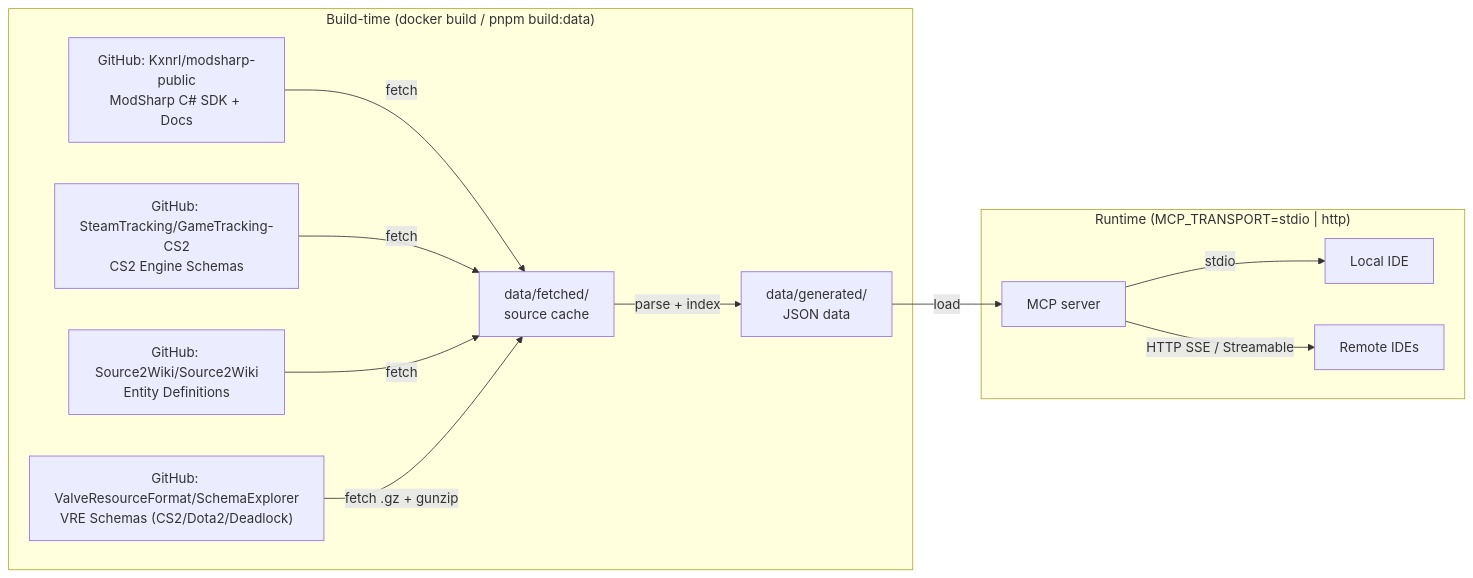
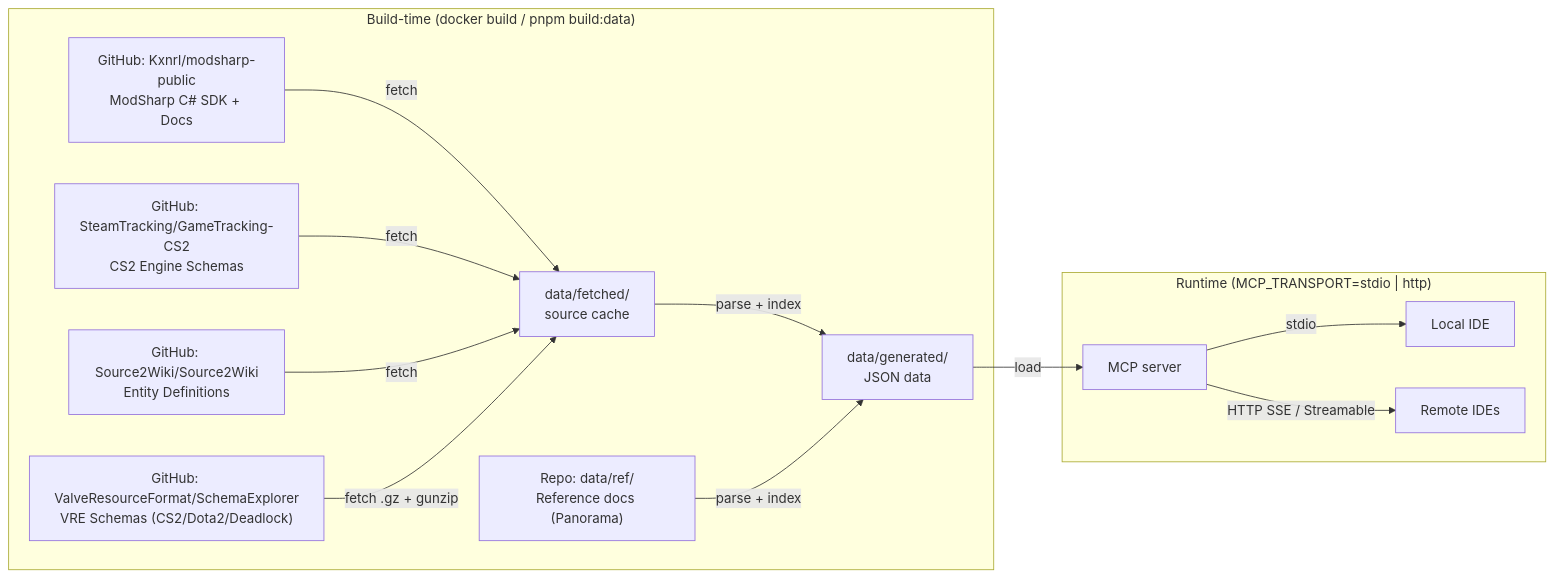
The diagram in README.md (hnrobert/modsharp-public-mcp), drawn with Mermaid before and after one commit. The commit also changed other lines of this file and 2 other files, not shown here.

````diff
--- a/README.md
+++ b/README.md
@@ -193,15 +193,16 @@
 ```mermaid
 graph LR
   subgraph build["Build-time (docker build / pnpm build:data)"]
     A["GitHub: Kxnrl/modsharp-public<br/>ModSharp C# SDK + Docs"] -->|fetch| B["data/fetched/<br/>source cache"]
     F["GitHub: SteamTracking/GameTracking-CS2<br/>CS2 Engine Schemas"] -->|fetch| B
     G["GitHub: Source2Wiki/Source2Wiki<br/>Entity Definitions"] -->|fetch| B
     V["GitHub: ValveResourceFormat/SchemaExplorer<br/>VRE Schemas (CS2/Dota2/Deadlock)"] -->|fetch .gz + gunzip| B
     B -->|parse + index| C["data/generated/<br/>JSON data"]
+    R["Repo: data/ref/<br/>Reference docs (Panorama)"] -->|parse + index| C
   end
   subgraph runtime["Runtime (MCP_TRANSPORT=stdio | http)"]
     C -->|load| D["MCP server"]
     D -->|stdio| E["Local IDE"]
     D -->|HTTP SSE / Streamable| H["Remote IDEs"]
   end
 ```
````
